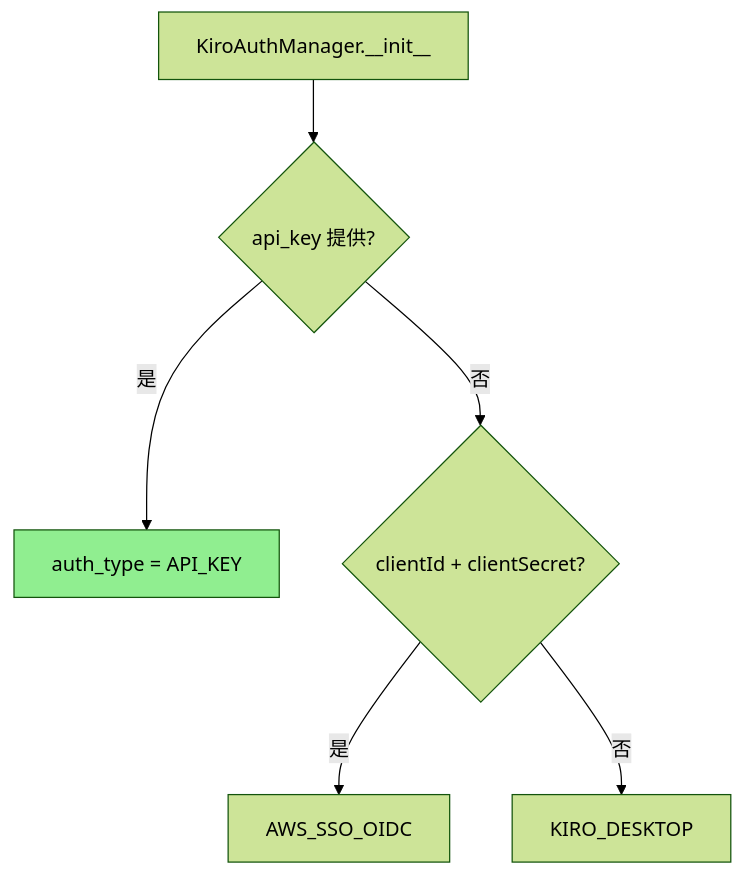
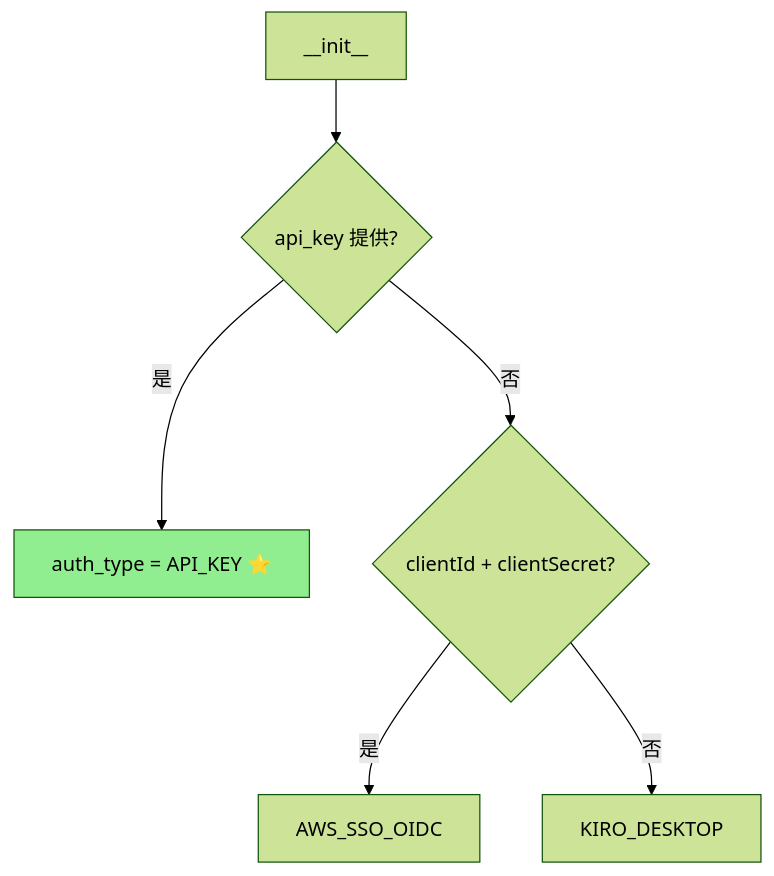
The fourth of 5 diagrams in docs/zh/API_KEY_AUTH_DESIGN.md (liangyimingcom/kiro-gateway_jwadow), drawn with Mermaid (forest theme) before and after one commit. The commit also changed other lines of this file and 9 other files, not shown here.

````diff
--- a/docs/zh/API_KEY_AUTH_DESIGN.md
+++ b/docs/zh/API_KEY_AUTH_DESIGN.md
@@ -114,9 +105,9 @@
 ```mermaid
 flowchart TD
-    INIT[KiroAuthManager.__init__] --> C1{api_key 提供?}
-    C1 -->|是| AK[auth_type = API_KEY]
+    INIT["__init__"] --> C1{api_key 提供?}
+    C1 -->|是| AK["auth_type = API_KEY ⭐"]
     C1 -->|否| C2{clientId + clientSecret?}
-    C2 -->|是| OIDC[AWS_SSO_OIDC]
-    C2 -->|否| DESK[KIRO_DESKTOP]
+    C2 -->|是| OIDC["AWS_SSO_OIDC"]
+    C2 -->|否| DESK["KIRO_DESKTOP"]
     style AK fill:#90EE90
 ```
````
